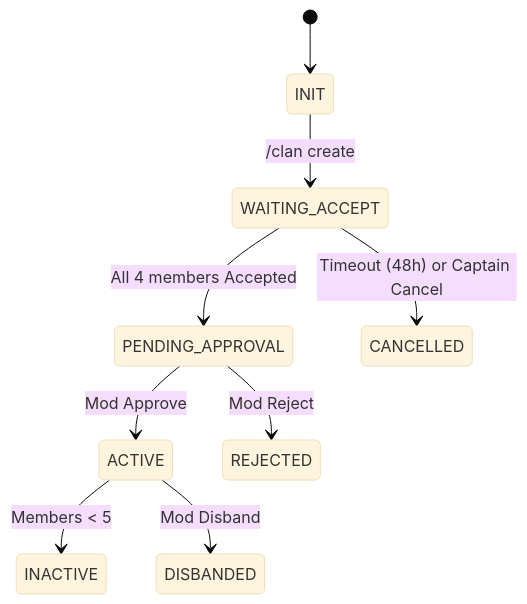
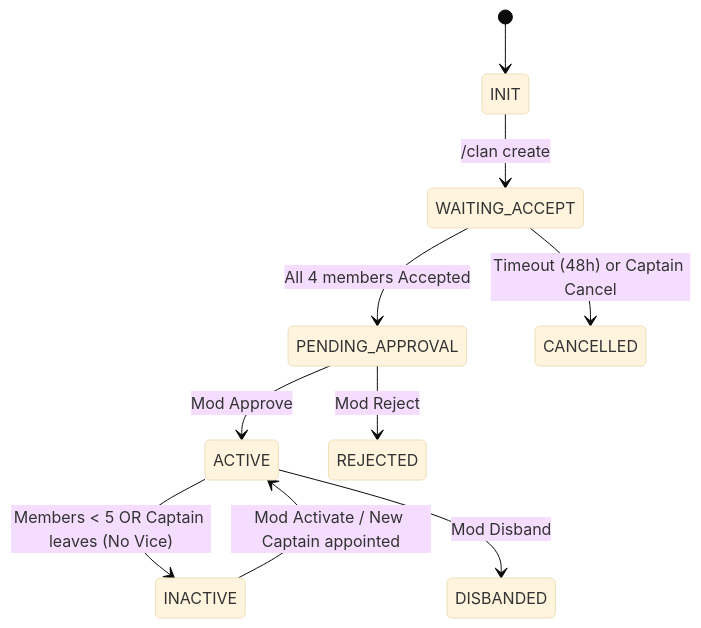
One commit to MonsieurNikko/ClanVXT changed the first of 6 diagrams in STATES.md. Above: the diagram before and after it, drawn with Mermaid (base theme). The commit also changed other lines of this file and 7 other files, not shown here.

````diff
--- a/STATES.md
+++ b/STATES.md
@@ -4,11 +4,12 @@
 ```mermaid
 stateDiagram-v2
     [*] --> INIT
     INIT --> WAITING_ACCEPT: /clan create
     WAITING_ACCEPT --> PENDING_APPROVAL: All 4 members Accepted
     WAITING_ACCEPT --> CANCELLED: Timeout (48h) or Captain Cancel
     PENDING_APPROVAL --> ACTIVE: Mod Approve
     PENDING_APPROVAL --> REJECTED: Mod Reject
-    ACTIVE --> INACTIVE: Members < 5
+    ACTIVE --> INACTIVE: Members < 5 OR Captain leaves (No Vice)
     ACTIVE --> DISBANDED: Mod Disband
+    INACTIVE --> ACTIVE: Mod Activate / New Captain appointed
 ```
````
